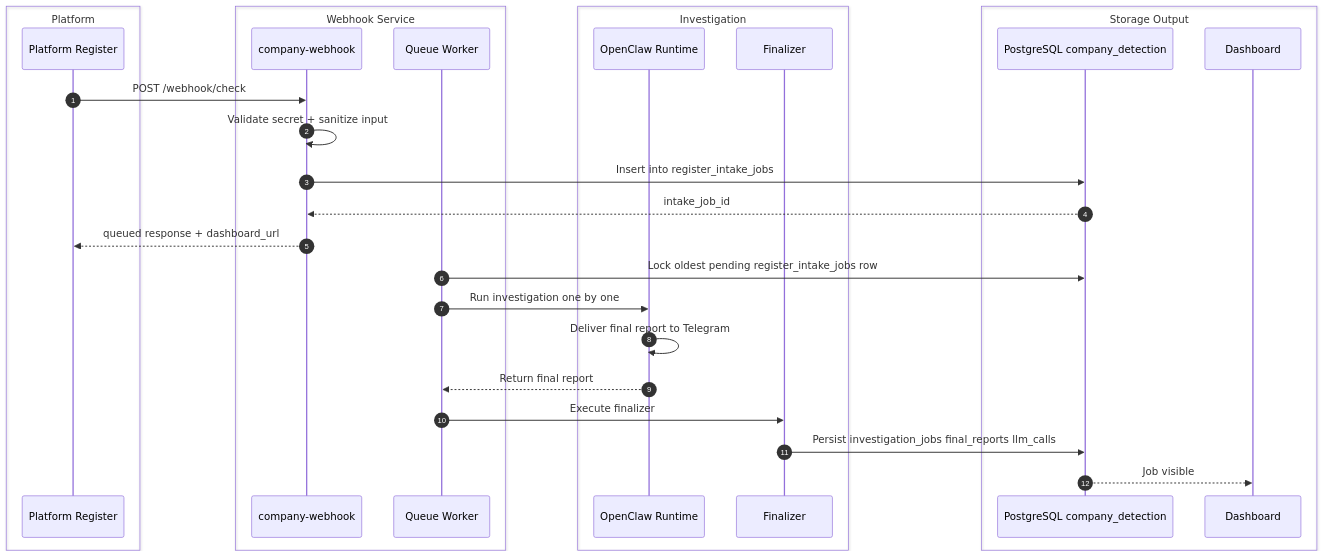
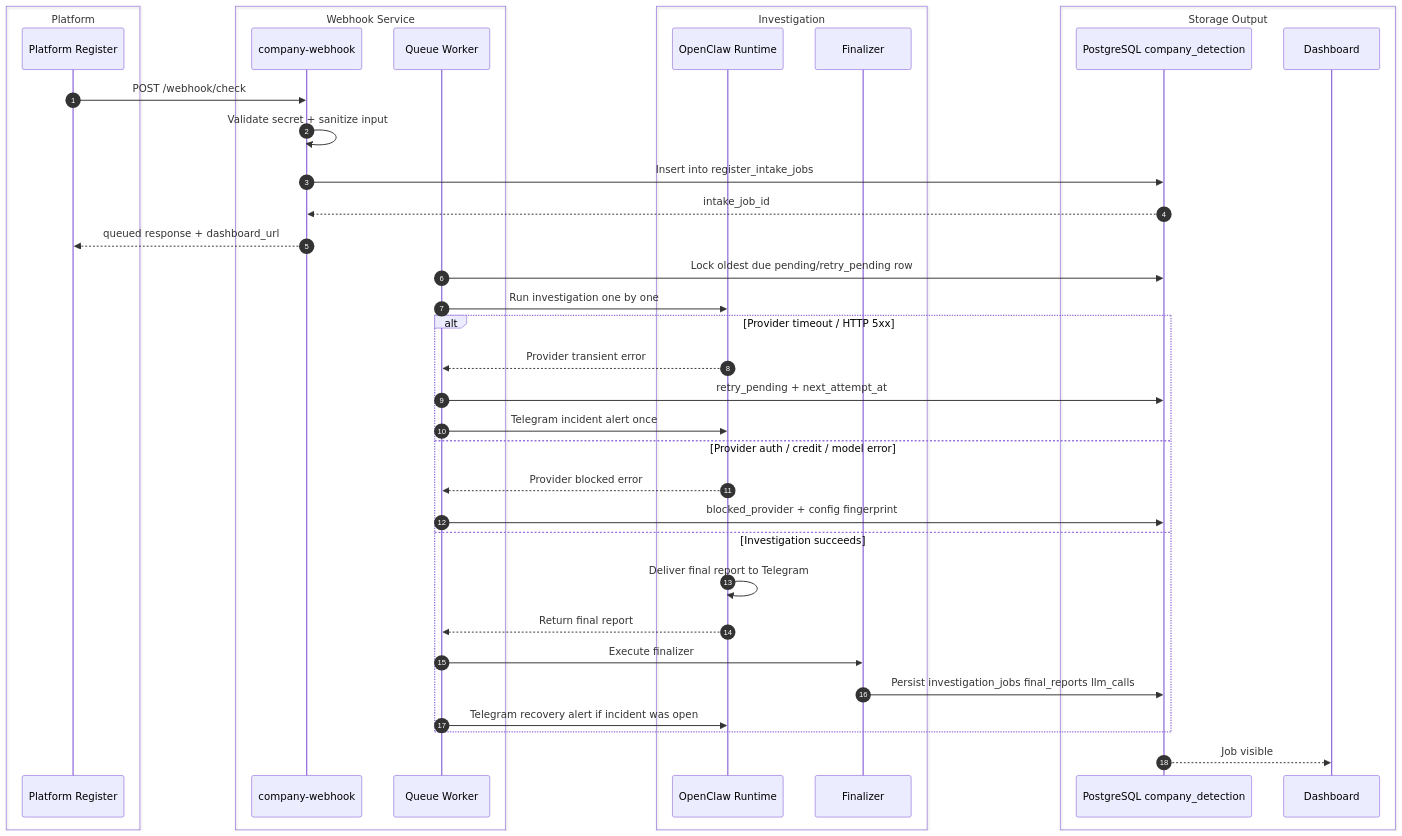
One commit to nunutech40/company-detector-bot changed diagram 11 of 12 in docs/technical/FLOW_MAP.md. Above: the diagram before and after it, drawn with Mermaid. The commit also changed other lines of this file and 12 other files, not shown here.

Commit message:
Add durable investigation recovery alerts

````diff
--- a/docs/technical/FLOW_MAP.md
+++ b/docs/technical/FLOW_MAP.md
@@ -641,35 +641,45 @@
 ```mermaid
 sequenceDiagram
   autonumber
   box Platform
     participant Platform as Platform Register
   end
 
   box Webhook Service
     participant Webhook as company-webhook
     participant Worker as Queue Worker
   end
 
   box Investigation
     participant OpenClaw as OpenClaw Runtime
     participant Finalizer as Finalizer
   end
 
   box Storage Output
     participant DB as PostgreSQL company_detection
     participant Dashboard as Dashboard
   end
 
   Platform->>Webhook: POST /webhook/check
   Webhook->>Webhook: Validate secret + sanitize input
   Webhook->>DB: Insert into register_intake_jobs
   DB-->>Webhook: intake_job_id
   Webhook-->>Platform: queued response + dashboard_url
-  Worker->>DB: Lock oldest pending register_intake_jobs row
+  Worker->>DB: Lock oldest due pending/retry_pending row
   Worker->>OpenClaw: Run investigation one by one
-  OpenClaw->>OpenClaw: Deliver final report to Telegram
-  OpenClaw-->>Worker: Return final report
-  Worker->>Finalizer: Execute finalizer
-  Finalizer->>DB: Persist investigation_jobs final_reports llm_calls
+  alt Provider timeout / HTTP 5xx
+    OpenClaw-->>Worker: Provider transient error
+    Worker->>DB: retry_pending + next_attempt_at
+    Worker->>OpenClaw: Telegram incident alert once
+  else Provider auth / credit / model error
+    OpenClaw-->>Worker: Provider blocked error
+    Worker->>DB: blocked_provider + config fingerprint
+  else Investigation succeeds
+    OpenClaw->>OpenClaw: Deliver final report to Telegram
+    OpenClaw-->>Worker: Return final report
+    Worker->>Finalizer: Execute finalizer
+    Finalizer->>DB: Persist investigation_jobs final_reports llm_calls
+    Worker->>OpenClaw: Telegram recovery alert if incident was open
+  end
   DB-->>Dashboard: Job visible
 ```
````
